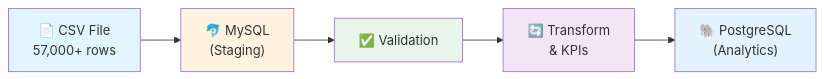
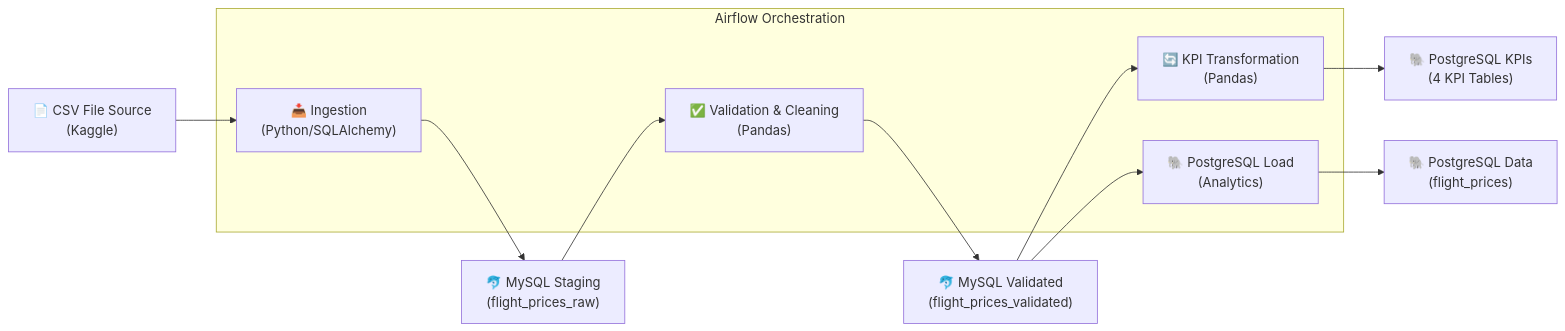
The diagram in docs/pipeline_report.md (henryantwi/Mod_6_Airflow_Project_Flight_Price_Analysis), drawn with Mermaid before and after one commit. The commit also changed other lines of this file and 10 other files, not shown here.

Commit message:
feat: Enhance Airflow ETL pipeline for flight price analysis with email notifications, environment variable support, and improved data validation and loading processes.

````diff
--- a/docs/pipeline_report.md
+++ b/docs/pipeline_report.md
@@ -11,13 +12,18 @@
 ```mermaid
 flowchart LR
-    A["📄 CSV File<br/>57,000+ rows"] --> B["🐬 MySQL<br/>(Staging)"]
-    B --> C["✅ Validation"]
-    C --> D["🔄 Transform<br/>& KPIs"]
-    D --> E["🐘 PostgreSQL<br/>(Analytics)"]
+    CSV["📄 CSV File Source<br/>(Kaggle)"] --> INGEST["📥 Ingestion<br/>(Python/SQLAlchemy)"]
+    INGEST --> MYSQL_RAW["🐬 MySQL Staging<br/>(flight_prices_raw)"]
+    MYSQL_RAW --> VALIDATE["✅ Validation & Cleaning<br/>(Pandas)"]
+    VALIDATE --> MYSQL_VAL["🐬 MySQL Validated<br/>(flight_prices_validated)"]
+    MYSQL_VAL --> TRANSFORM["🔄 KPI Transformation<br/>(Pandas)"]
+    MYSQL_VAL --> LOAD["🐘 PostgreSQL Load<br/>(Analytics)"]
+    TRANSFORM --> PG_KPI["🐘 PostgreSQL KPIs<br/>(4 KPI Tables)"]
+    LOAD --> PG_FINAL["🐘 PostgreSQL Data<br/>(flight_prices)"]
     
-    style A fill:#e1f5fe
-    style B fill:#fff3e0
-    style C fill:#e8f5e9
-    style D fill:#f3e5f5
-    style E fill:#e3f2fd
+    subgraph Airflow["Airflow Orchestration"]
+        INGEST
+        VALIDATE
+        TRANSFORM
+        LOAD
+    end
 ```
````
